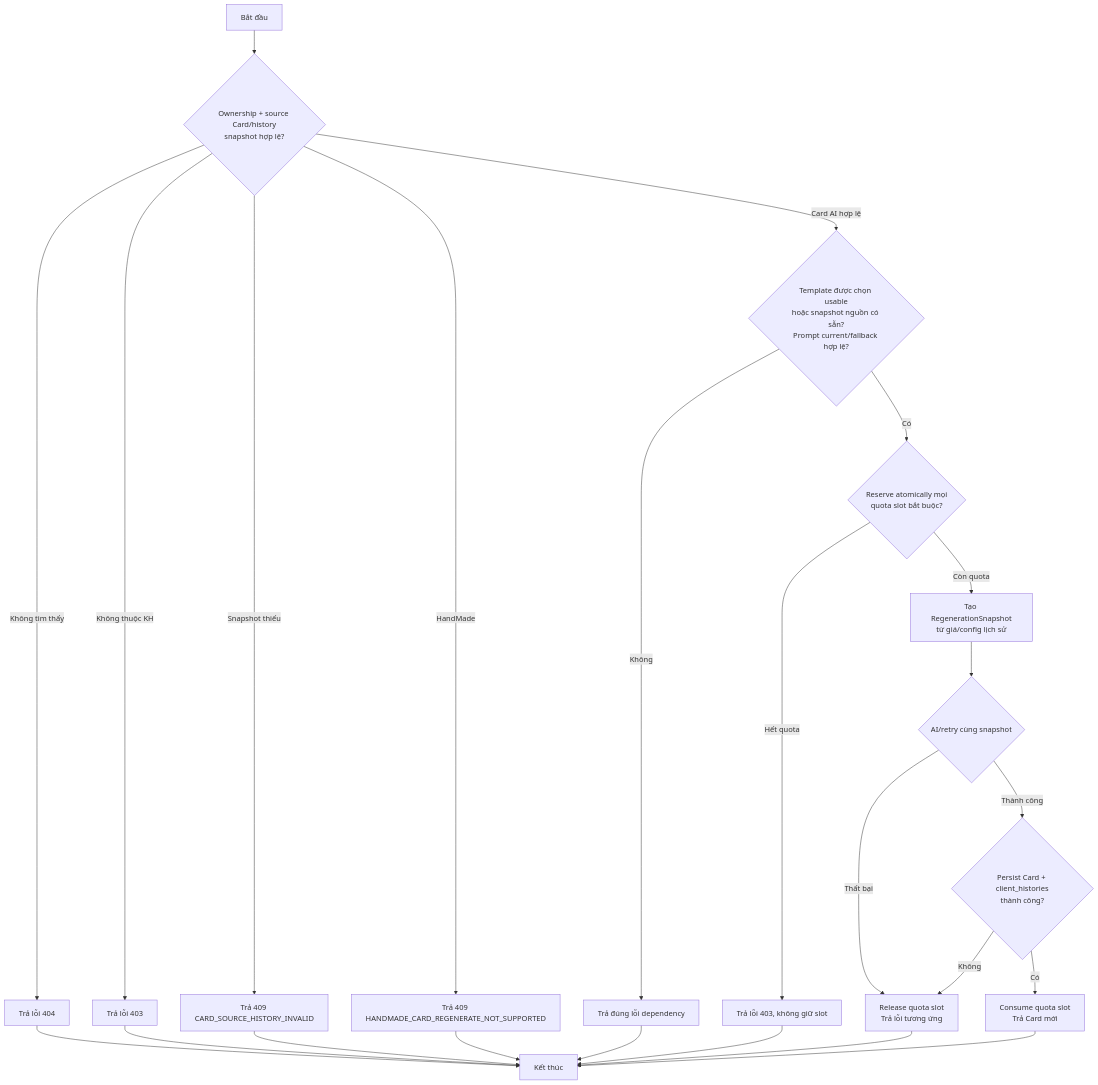
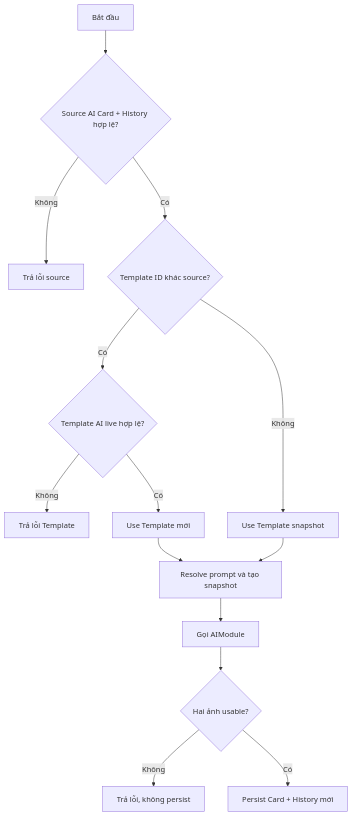
One commit to 161seconds/document-first-brief changed the third of 4 diagrams in hoa-theo-mua-ai-flourist/TDD/TDD-007/TDD-007-tao-lai-thiep-tu-lich-su.md. Above: the diagram before and after it, drawn with Mermaid. The commit also changed other lines of this file and 24 other files, not shown here.

````diff
--- a/hoa-theo-mua-ai-flourist/TDD/TDD-007/TDD-007-tao-lai-thiep-tu-lich-su.md
+++ b/hoa-theo-mua-ai-flourist/TDD/TDD-007/TDD-007-tao-lai-thiep-tu-lich-su.md
@@ -190,29 +132,16 @@
 ```mermaid
 flowchart TD
-    A[Bắt đầu] --> B{Ownership + source Card/history<br/>snapshot hợp lệ?}
-    B -->|Không tìm thấy| E[Trả lỗi 404]
-    B -->|Không thuộc KH| F[Trả lỗi 403]
-    B -->|Snapshot thiếu| XH[Trả 409 CARD_SOURCE_HISTORY_INVALID]
-    B -->|HandMade| XHM[Trả 409 HANDMADE_CARD_REGENERATE_NOT_SUPPORTED]
-    B -->|Card AI hợp lệ| DEP{Template được chọn usable<br/>hoặc snapshot nguồn có sẵn?<br/>Prompt current/fallback hợp lệ?}
-    DEP -->|Không| XD[Trả đúng lỗi dependency]
-    DEP -->|Có| C{Reserve atomically mọi<br/>quota slot bắt buộc?}
-
-    C -->|Hết quota| G[Trả lỗi 403, không giữ slot]
-    C -->|Còn quota| SNAP[Tạo RegenerationSnapshot<br/>từ giá/config lịch sử]
-    SNAP --> I{AI/retry cùng snapshot}
-
-    I -->|Thất bại| K[Release quota slot<br/>Trả lỗi tương ứng]
-    I -->|Thành công| L{Persist Card + client_histories<br/>thành công?}
-    L -->|Không| K
-    L -->|Có| OK[Consume quota slot<br/>Trả Card mới]
-
-    E --> Z[Kết thúc]
-    F --> Z
-    G --> Z
-    XH --> Z
-    XHM --> Z
-    XD --> Z
-    K --> Z
-    OK --> Z
+    A[Bắt đầu] --> B{Source AI Card + History hợp lệ?}
+    B -->|Không| X[Trả lỗi source]
+    B -->|Có| C{Template ID khác source?}
+    C -->|Có| D{Template AI live hợp lệ?}
+    D -->|Không| Y[Trả lỗi Template]
+    D -->|Có| E[Use Template mới]
+    C -->|Không| F[Use Template snapshot]
+    E --> G[Resolve prompt và tạo snapshot]
+    F --> G
+    G --> H[Gọi AIModule]
+    H --> I{Hai ảnh usable?}
+    I -->|Không| Z[Trả lỗi, không persist]
+    I -->|Có| J[Persist Card + History mới]
 ```
````
